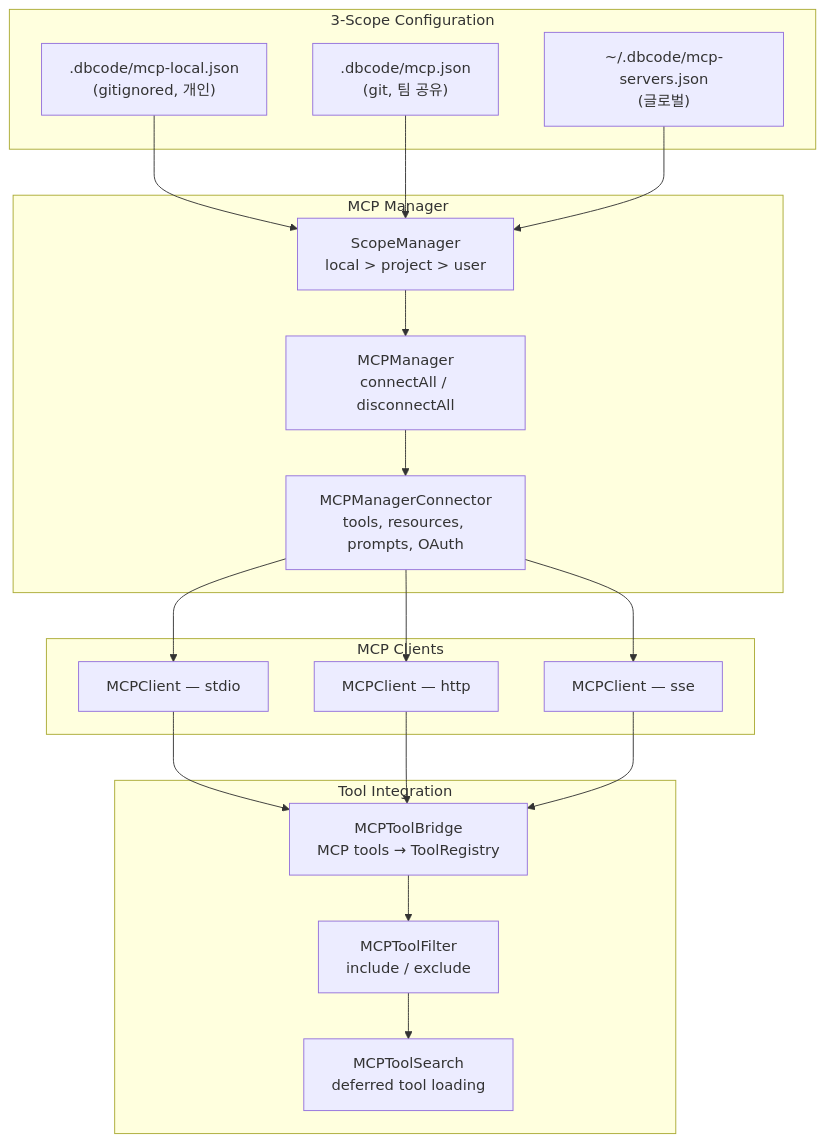
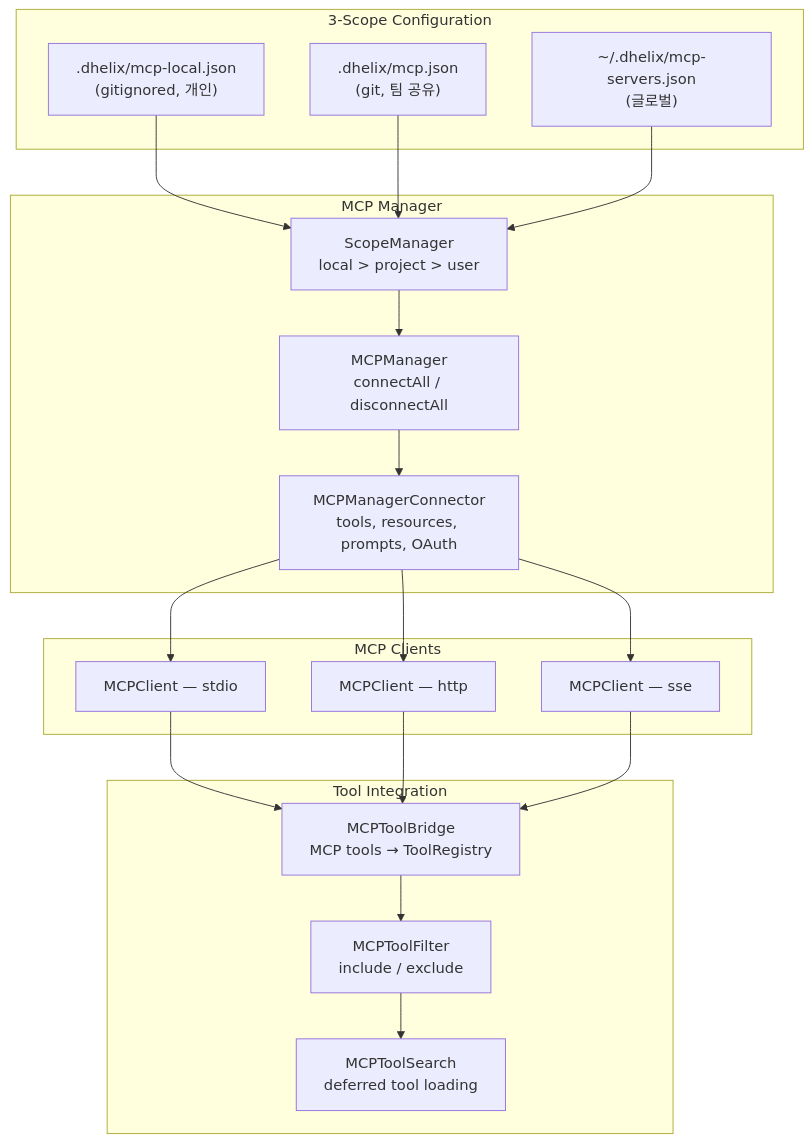
Before and after one commit to bigbulgogiburger/DHelix-Code: the diagram in .claude/docs/reference/mcp-system.md, drawn with Mermaid. The commit also changed other lines of this file and 383 other files, not shown here.

First line of the commit message:
refactor: dbcode → Dhelix Code 전체 리네이밍 + v0.2.0 + Double Helix 로고 + 브랜드 컬러

````diff
--- a/.claude/docs/reference/mcp-system.md
+++ b/.claude/docs/reference/mcp-system.md
@@ -11,31 +11,31 @@
 ```mermaid
 graph TD
     subgraph Config["3-Scope Configuration"]
-        LOCAL[".dbcode/mcp-local.json<br/>(gitignored, 개인)"]
-        PROJECT[".dbcode/mcp.json<br/>(git, 팀 공유)"]
-        USER["~/.dbcode/mcp-servers.json<br/>(글로벌)"]
+        LOCAL[".dhelix/mcp-local.json<br/>(gitignored, 개인)"]
+        PROJECT[".dhelix/mcp.json<br/>(git, 팀 공유)"]
+        USER["~/.dhelix/mcp-servers.json<br/>(글로벌)"]
     end
     subgraph Manager["MCP Manager"]
         SCOPE[ScopeManager<br/>local > project > user]
         MGR[MCPManager<br/>connectAll / disconnectAll]
         CONN[MCPManagerConnector<br/>tools, resources, prompts, OAuth]
     end
     subgraph Clients["MCP Clients"]
         C1[MCPClient — stdio]
         C2[MCPClient — http]
         C3[MCPClient — sse]
     end
     subgraph Integration["Tool Integration"]
         BRIDGE[MCPToolBridge<br/>MCP tools → ToolRegistry]
         FILTER[MCPToolFilter<br/>include / exclude]
         SEARCH[MCPToolSearch<br/>deferred tool loading]
     end
 
     LOCAL & PROJECT & USER --> SCOPE
     SCOPE --> MGR
     MGR --> CONN
     CONN --> C1 & C2 & C3
     C1 & C2 & C3 --> BRIDGE
     BRIDGE --> FILTER
     FILTER --> SEARCH
 ```
````
